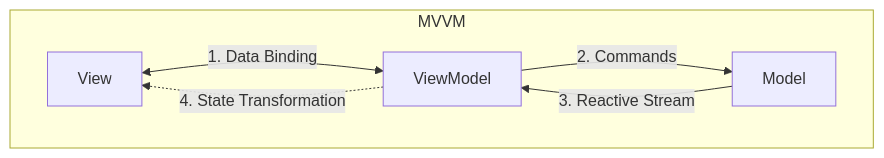
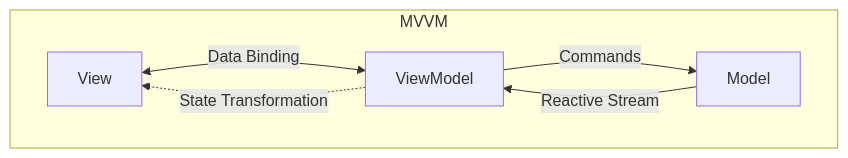
One commit to BlizzyIxyz/Code-Standards changed the third of 3 diagrams in README.md. Above: the diagram before and after it, drawn with Mermaid. The commit also changed other lines of this file, not shown here.

````diff
--- a/README.md
+++ b/README.md
@@ -23,9 +23,9 @@
 ```mermaid
 flowchart TD
     subgraph MVVM
-        A[View] <-->|1. Data Binding| B[ViewModel]
-        B -->|2. Commands| C[Model]
-        C -->|3. Reactive Stream| B
-        B -.->|4. State Transformation| A
+        A[View] <-->|Data Binding| B[ViewModel]
+        B -->|Commands| C[Model]
+        C -->|Reactive Stream| B
+        B -.->|State Transformation| A
     end
 ```
````
